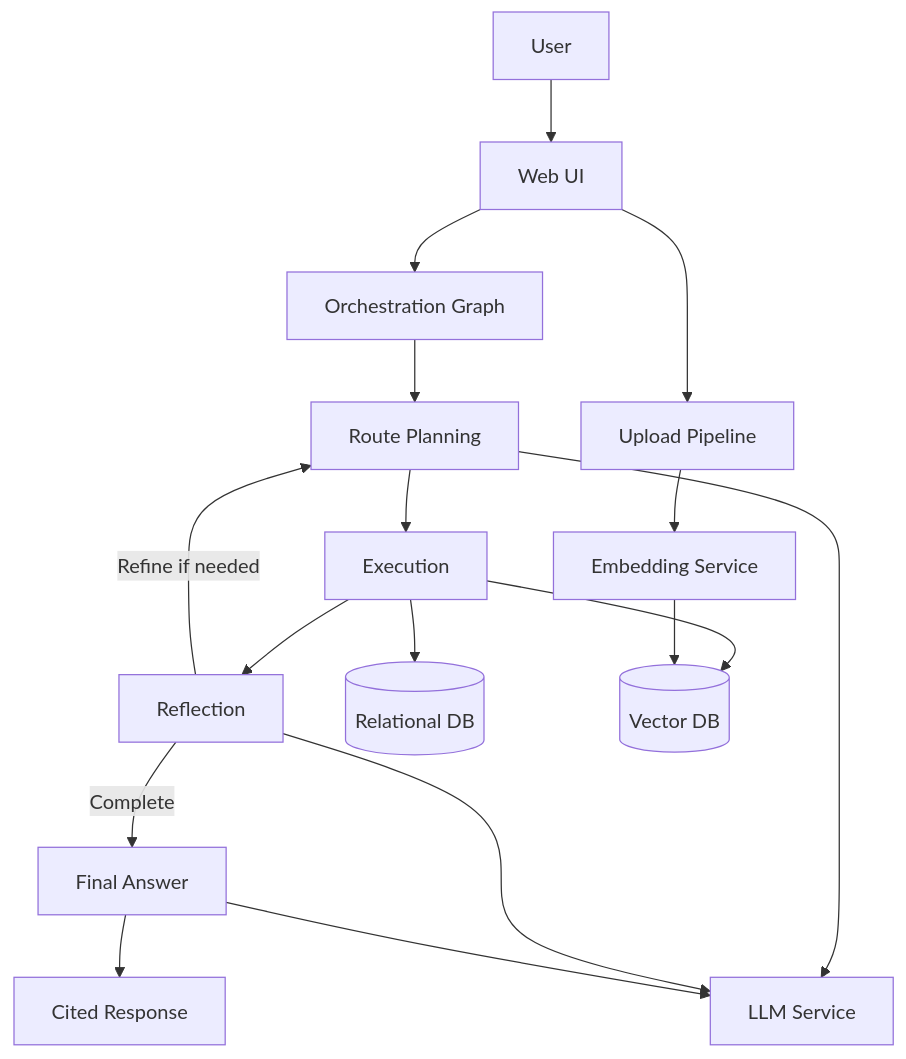
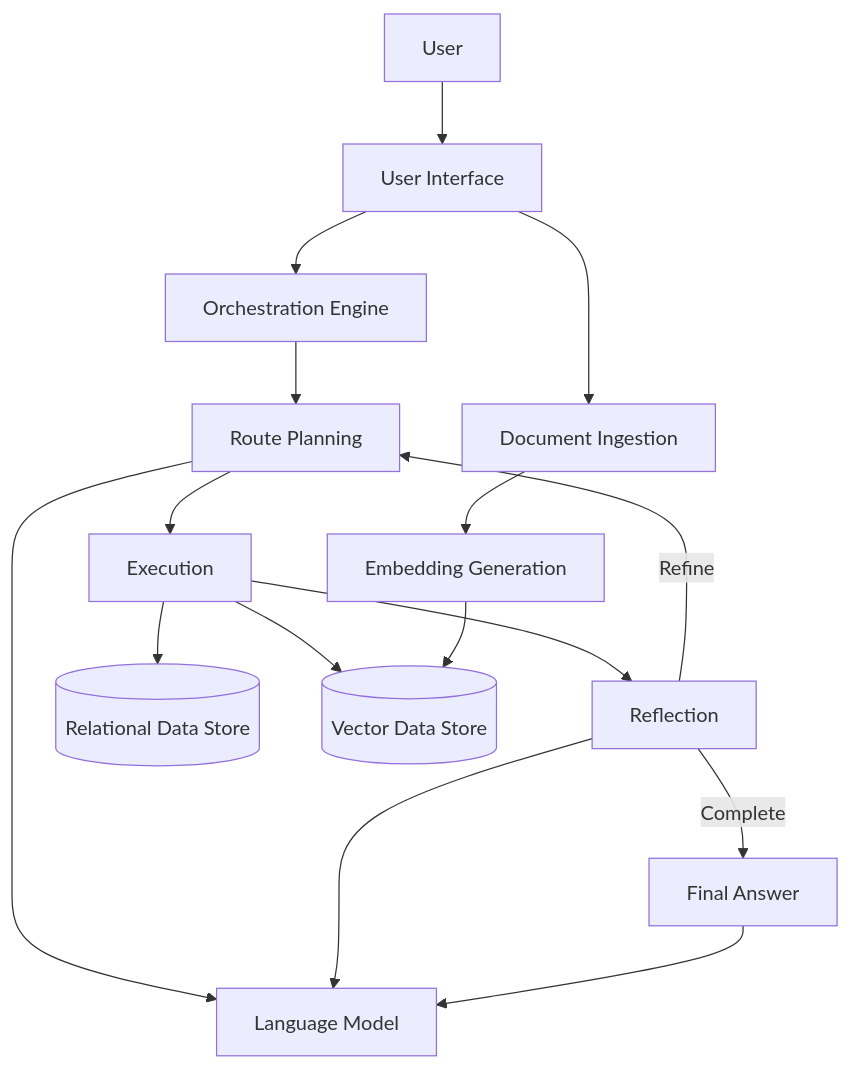
Before and after one commit to arde1369/hybrid-search-agentic-rag: the first of 2 diagrams in DESIGN_DOCUMENT.md, drawn with Mermaid. The commit also changed other lines of this file and 1 other file, not shown here.

````diff
--- a/DESIGN_DOCUMENT.md
+++ b/DESIGN_DOCUMENT.md
@@ -65,24 +71,22 @@
 ```mermaid
 flowchart TD
-  U[User] --> UI[Web UI]
-  UI --> ORCH[Orchestration Graph]
+  User --> UI[User Interface]
+  UI --> ORCH[Orchestration Engine]
 
   ORCH --> PLAN[Route Planning]
   PLAN --> EXEC[Execution]
-  EXEC --> REF[Reflection]
-  REF -->|Refine if needed| PLAN
-  REF -->|Complete| OUT[Final Answer]
+  EXEC --> REFLECT[Reflection]
+  REFLECT -->|Refine| PLAN
+  REFLECT -->|Complete| ANSWER[Final Answer]
 
-  EXEC --> SQL[(Relational DB)]
-  EXEC --> VDB[(Vector DB)]
+  EXEC --> SQL[(Relational Data Store)]
+  EXEC --> VDB[(Vector Data Store)]
 
-  OUT --> CITES[Cited Response]
+  UI --> INGEST[Document Ingestion]
+  INGEST --> EMBED[Embedding Generation]
+  EMBED --> VDB
 
-  UI --> UP[Upload Pipeline]
-  UP --> EMB[Embedding Service]
-  EMB --> VDB
-
-  PLAN --> LLM[LLM Service]
-  REF --> LLM
-  OUT --> LLM
+  PLAN --> LLM[Language Model]
+  REFLECT --> LLM
+  ANSWER --> LLM
 ```
````
